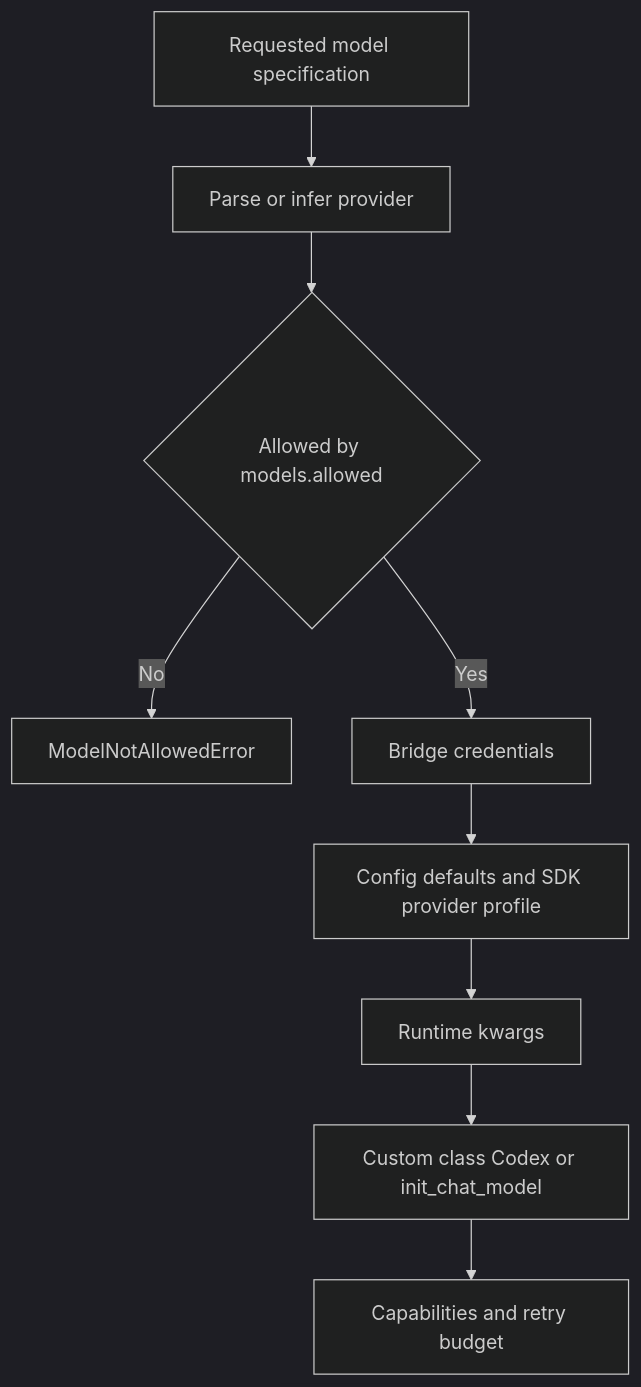
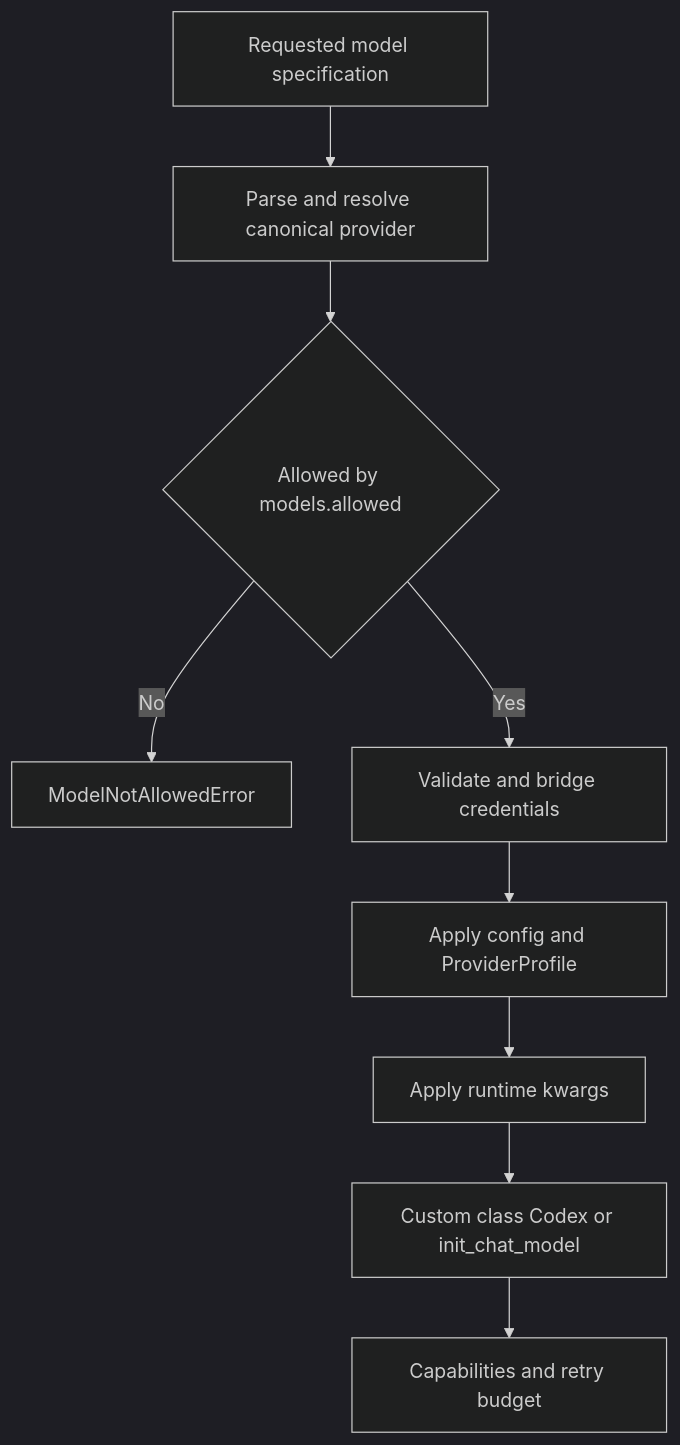
The second of 2 diagrams in openwiki/concepts/profiles-models.md (langchain-ai/deepagents), drawn with Mermaid (dark theme) before and after one commit. The commit also changed other lines of this file and 23 other files, not shown here.

````diff
--- a/openwiki/concepts/profiles-models.md
+++ b/openwiki/concepts/profiles-models.md
@@ -117,11 +105,11 @@
 ```mermaid
 flowchart TD
-    Requested["Requested model specification"] --> Infer["Parse or infer provider"]
-    Infer --> Allowed{"Allowed by models.allowed"}
+    Requested["Requested model specification"] --> Resolve["Parse and resolve canonical provider"]
+    Resolve --> Allowed{"Allowed by models.allowed"}
     Allowed -->|No| Denied["ModelNotAllowedError"]
-    Allowed -->|Yes| Credential["Bridge credentials"]
-    Credential --> Defaults["Config defaults and SDK provider profile"]
-    Defaults --> Runtime["Runtime kwargs"]
+    Allowed -->|Yes| Credential["Validate and bridge credentials"]
+    Credential --> Profile["Apply config and ProviderProfile"]
+    Profile --> Runtime["Apply runtime kwargs"]
     Runtime --> Build["Custom class Codex or init_chat_model"]
     Build --> Metadata["Capabilities and retry budget"]
 ```
````
